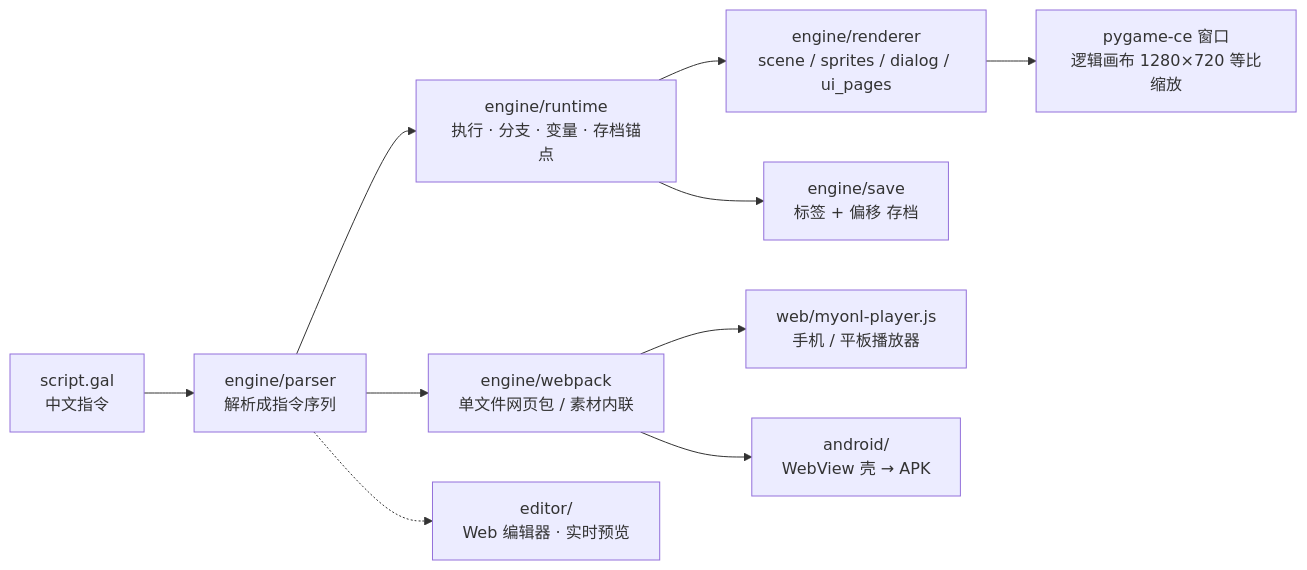
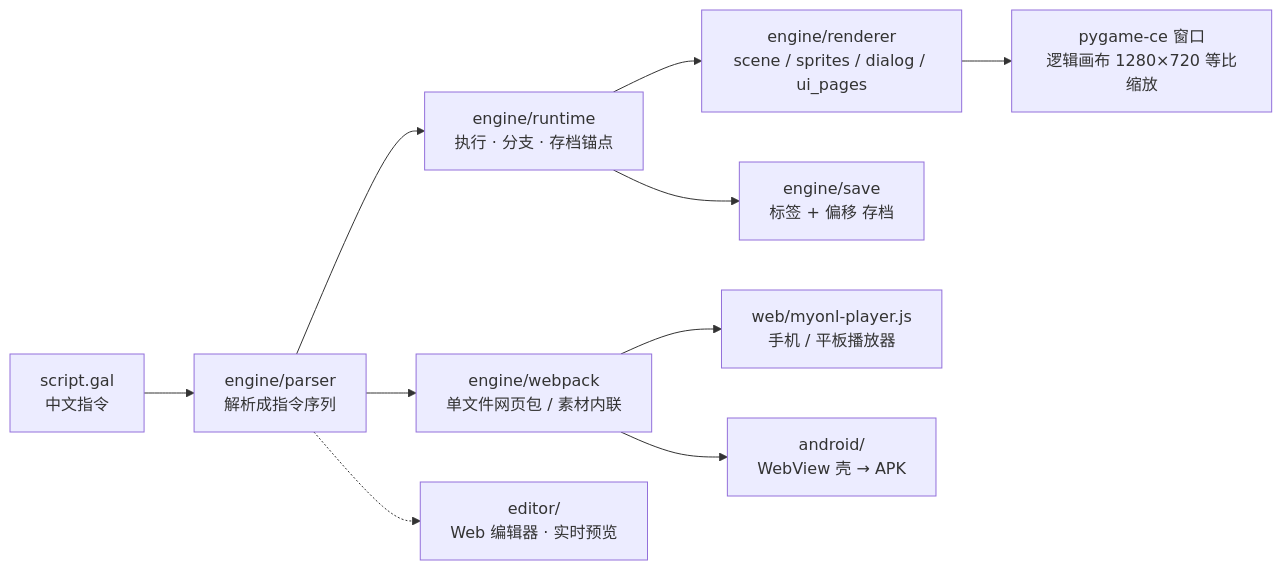
One commit to 123456789556/myonl changed the diagram in README.md. Above: the diagram before and after it, drawn with Mermaid. The commit also changed other lines of this file, not shown here.

````diff
--- a/README.md
+++ b/README.md
@@ -234,12 +261,12 @@
 ```mermaid
 flowchart LR
   A["script.gal<br/>中文指令"] --> B["engine/parser<br/>解析成指令序列"]
-  B --> C["engine/runtime<br/>执行 · 分支 · 变量 · 存档锚点"]
+  B --> C["engine/runtime<br/>执行 · 分支 · 存档锚点"]
   C --> D["engine/renderer<br/>scene / sprites / dialog / ui_pages"]
   D --> E["pygame-ce 窗口<br/>逻辑画布 1280×720 等比缩放"]
   C --> F["engine/save<br/>标签 + 偏移 存档"]
   B --> G["engine/webpack<br/>单文件网页包 / 素材内联"]
   G --> H["web/myonl-player.js<br/>手机 / 平板播放器"]
   G --> I["android/<br/>WebView 壳 → APK"]
   B -.-> J["editor/<br/>Web 编辑器 · 实时预览"]
 ```
````
